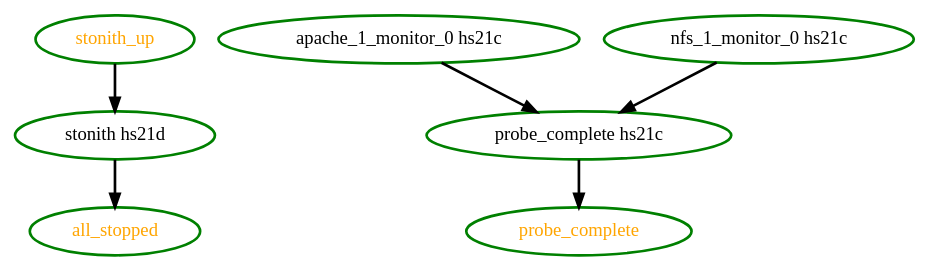
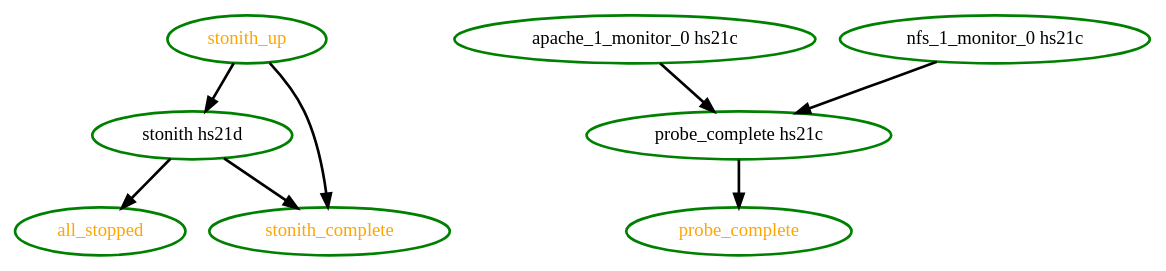
One commit to linux-ha-japan/pm_diskd changed the diagram in pengine/test10/systemhealtho2.dot. Above: the diagram before and after it, drawn with Graphviz. The commit also changed 29 other files, not shown here.

```diff
--- a/pengine/test10/systemhealtho2.dot
+++ b/pengine/test10/systemhealtho2.dot
@@ -1,14 +1,17 @@
 digraph "g" {
 "all_stopped" [ style=bold color="green" fontcolor="orange"  ]
 "apache_1_monitor_0 hs21c" -> "probe_complete hs21c" [ style = bold]
 "apache_1_monitor_0 hs21c" [ style=bold color="green" fontcolor="black"  ]
 "nfs_1_monitor_0 hs21c" -> "probe_complete hs21c" [ style = bold]
 "nfs_1_monitor_0 hs21c" [ style=bold color="green" fontcolor="black"  ]
 "probe_complete hs21c" -> "probe_complete" [ style = bold]
 "probe_complete hs21c" [ style=bold color="green" fontcolor="black"  ]
 "probe_complete" [ style=bold color="green" fontcolor="orange"  ]
 "stonith hs21d" -> "all_stopped" [ style = bold]
+"stonith hs21d" -> "stonith_complete" [ style = bold]
 "stonith hs21d" [ style=bold color="green" fontcolor="black"  ]
+"stonith_complete" [ style=bold color="green" fontcolor="orange"  ]
 "stonith_up" -> "stonith hs21d" [ style = bold]
+"stonith_up" -> "stonith_complete" [ style = bold]
 "stonith_up" [ style=bold color="green" fontcolor="orange"  ]
 }
```
